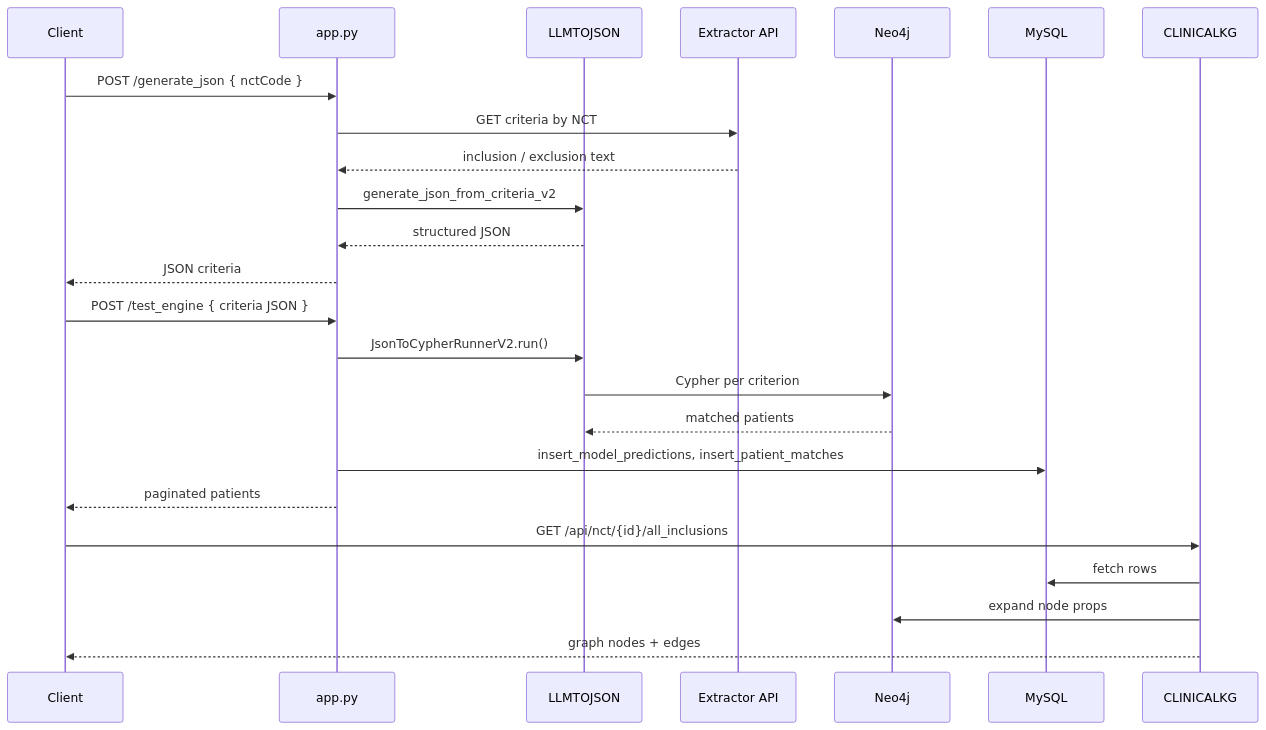
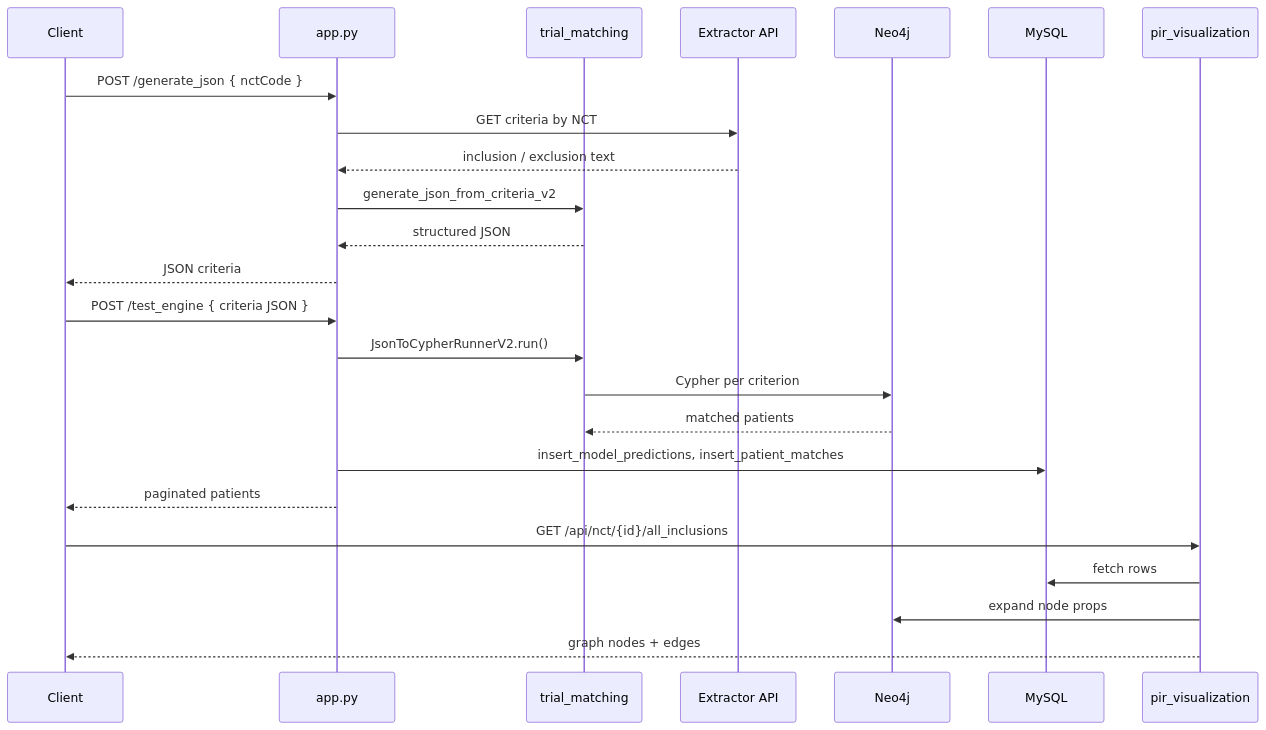
The second of 2 diagrams in TRIAL_MATCH_DOCUMENTATION.md (rajhekma/graph_trial_match), drawn with Mermaid before and after one commit. The commit also changed other lines of this file and 13 other files, not shown here.

Commit message:
Rename modules: LLMTOJSON -> trial_matching, CLINICALKG -> pir_visualization

````diff
--- a/TRIAL_MATCH_DOCUMENTATION.md
+++ b/TRIAL_MATCH_DOCUMENTATION.md
@@ -100,29 +100,29 @@
 ```mermaid
 sequenceDiagram
     participant Client
     participant API as app.py
-    participant LLM as LLMTOJSON
+    participant LLM as trial_matching
     participant Ext as Extractor API
     participant Neo4j
     participant MySQL
-    participant PIR as CLINICALKG
+    participant PIR as pir_visualization
 
     Client->>API: POST /generate_json { nctCode }
     API->>Ext: GET criteria by NCT
     Ext-->>API: inclusion / exclusion text
     API->>LLM: generate_json_from_criteria_v2
     LLM-->>API: structured JSON
     API-->>Client: JSON criteria
 
     Client->>API: POST /test_engine { criteria JSON }
     API->>LLM: JsonToCypherRunnerV2.run()
     LLM->>Neo4j: Cypher per criterion
     Neo4j-->>LLM: matched patients
     API->>MySQL: insert_model_predictions, insert_patient_matches
     API-->>Client: paginated patients
 
     Client->>PIR: GET /api/nct/{id}/all_inclusions
     PIR->>MySQL: fetch rows
     PIR->>Neo4j: expand node props
     PIR-->>Client: graph nodes + edges
 ```
````
